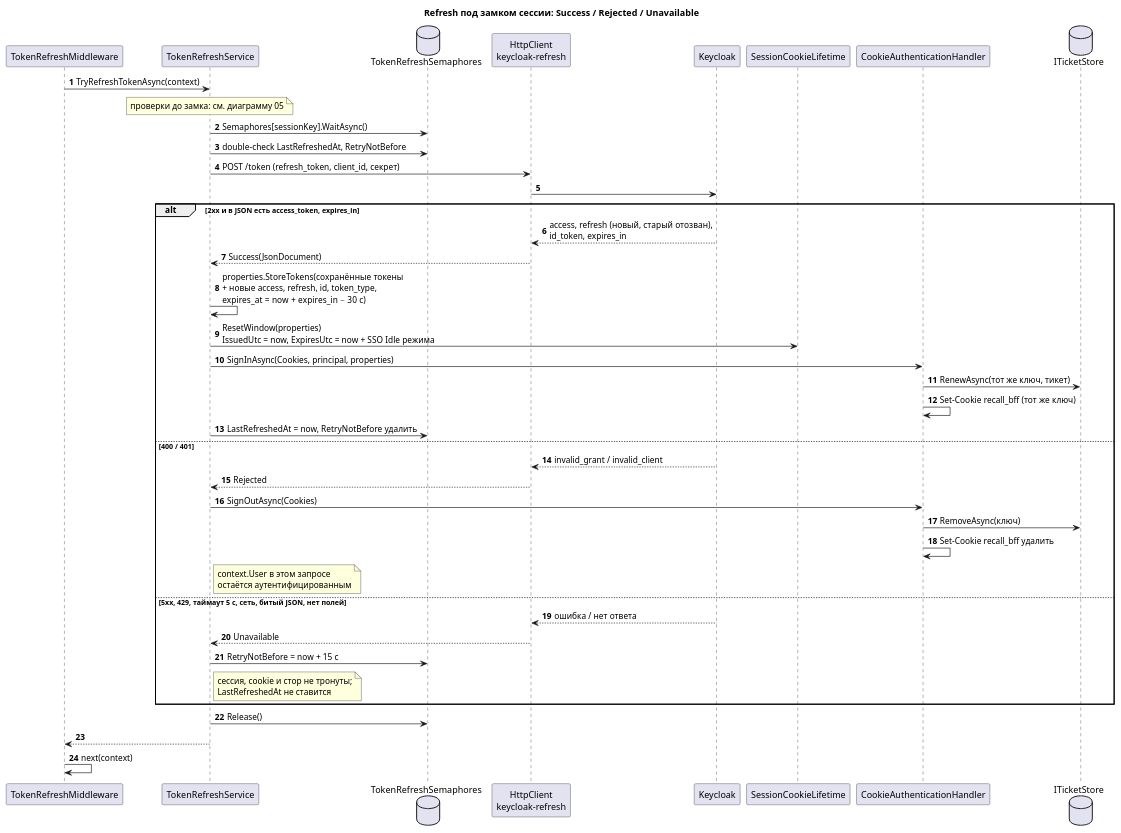
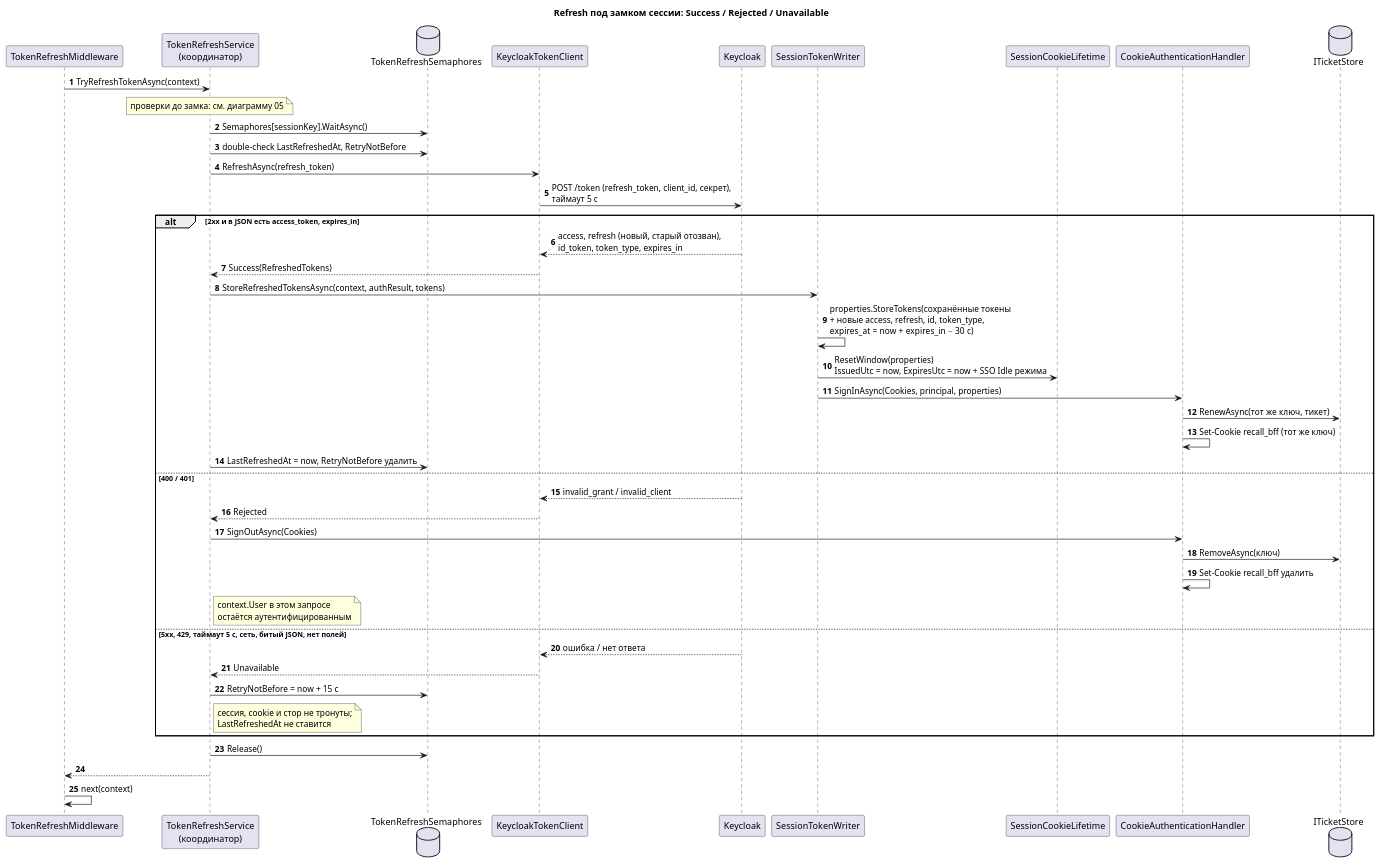
One commit to itacademy-edms-team/24_3_DNDE changed the diagram in RecallApp/docs/diagrams/bff-session - 06 refresh исходы.puml. Above: the diagram before and after it, drawn with PlantUML. The commit also changed 4 other files, not shown here.

```diff
--- a/RecallApp/docs/diagrams/bff-session - 06 refresh исходы.puml
+++ b/RecallApp/docs/diagrams/bff-session - 06 refresh исходы.puml
@@ -1,48 +1,50 @@
 @startuml bff-session-06-refresh-исходы
 title Refresh под замком сессии: Success / Rejected / Unavailable
 
 skinparam shadowing false
 autonumber
 
 participant "TokenRefreshMiddleware" as TR
-participant "TokenRefreshService" as T
+participant "TokenRefreshService\n(координатор)" as T
 database "TokenRefreshSemaphores" as SM
-participant "HttpClient\nkeycloak-refresh" as H
+participant "KeycloakTokenClient" as KC
 participant "Keycloak" as K
+participant "SessionTokenWriter" as W
 participant "SessionCookieLifetime" as L
 participant "CookieAuthenticationHandler" as CH
 database "ITicketStore" as S
 
 TR -> T : TryRefreshTokenAsync(context)
 note over T : проверки до замка: см. диаграмму 05
 T -> SM : Semaphores[sessionKey].WaitAsync()
 T -> SM : double-check LastRefreshedAt, RetryNotBefore
-T -> H : POST /token (refresh_token, client_id, секрет)
-H -> K
+T -> KC : RefreshAsync(refresh_token)
+KC -> K : POST /token (refresh_token, client_id, секрет),\nтаймаут 5 с
 alt 2xx и в JSON есть access_token, expires_in
-  K --> H : access, refresh (новый, старый отозван),\nid_token, expires_in
-  H --> T : Success(JsonDocument)
-  T -> T : properties.StoreTokens(сохранённые токены\n+ новые access, refresh, id, token_type,\nexpires_at = now + expires_in − 30 с)
-  T -> L : ResetWindow(properties)\nIssuedUtc = now, ExpiresUtc = now + SSO Idle режима
-  T -> CH : SignInAsync(Cookies, principal, properties)
+  K --> KC : access, refresh (новый, старый отозван),\nid_token, token_type, expires_in
+  KC --> T : Success(RefreshedTokens)
+  T -> W : StoreRefreshedTokensAsync(context, authResult, tokens)
+  W -> W : properties.StoreTokens(сохранённые токены\n+ новые access, refresh, id, token_type,\nexpires_at = now + expires_in − 30 с)
+  W -> L : ResetWindow(properties)\nIssuedUtc = now, ExpiresUtc = now + SSO Idle режима
+  W -> CH : SignInAsync(Cookies, principal, properties)
   CH -> S : RenewAsync(тот же ключ, тикет)
   CH -> CH : Set-Cookie recall_bff (тот же ключ)
   T -> SM : LastRefreshedAt = now, RetryNotBefore удалить
 else 400 / 401
-  K --> H : invalid_grant / invalid_client
-  H --> T : Rejected
+  K --> KC : invalid_grant / invalid_client
+  KC --> T : Rejected
   T -> CH : SignOutAsync(Cookies)
   CH -> S : RemoveAsync(ключ)
   CH -> CH : Set-Cookie recall_bff удалить
   note right of T : context.User в этом запросе\nостаётся аутентифицированным
 else 5xx, 429, таймаут 5 с, сеть, битый JSON, нет полей
-  K --> H : ошибка / нет ответа
-  H --> T : Unavailable
+  K --> KC : ошибка / нет ответа
+  KC --> T : Unavailable
   T -> SM : RetryNotBefore = now + 15 с
   note right of T : сессия, cookie и стор не тронуты;\nLastRefreshedAt не ставится
 end
 T -> SM : Release()
 T --> TR
 TR -> TR : next(context)
 
 @enduml
```
